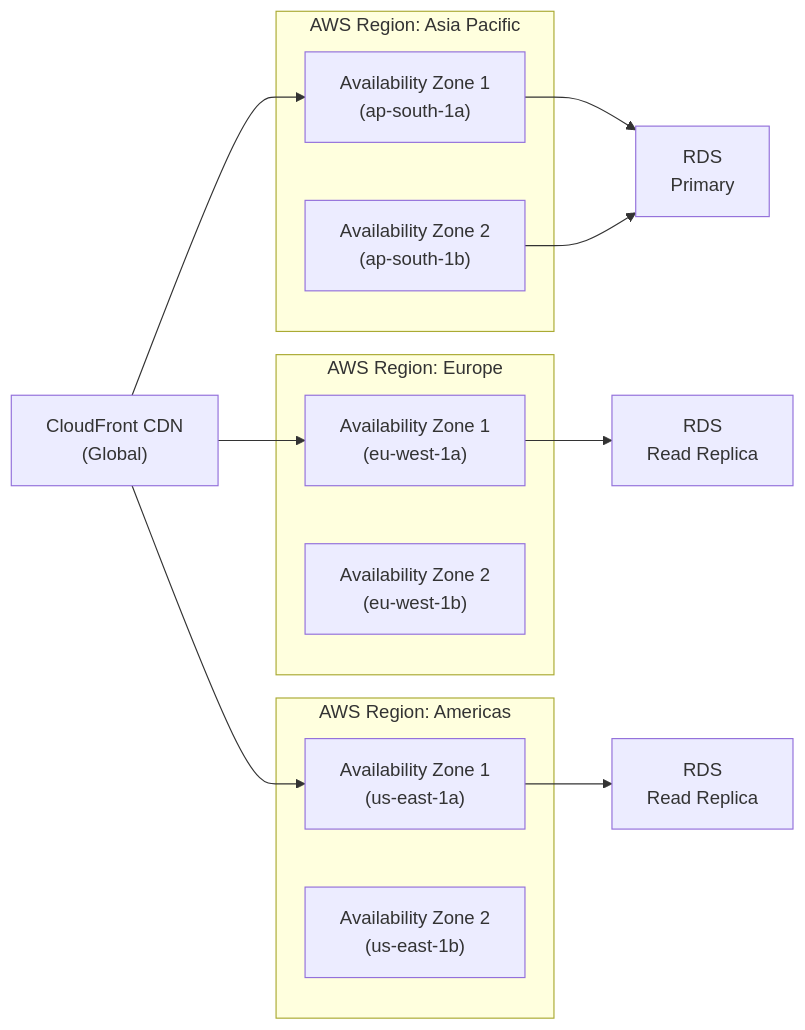
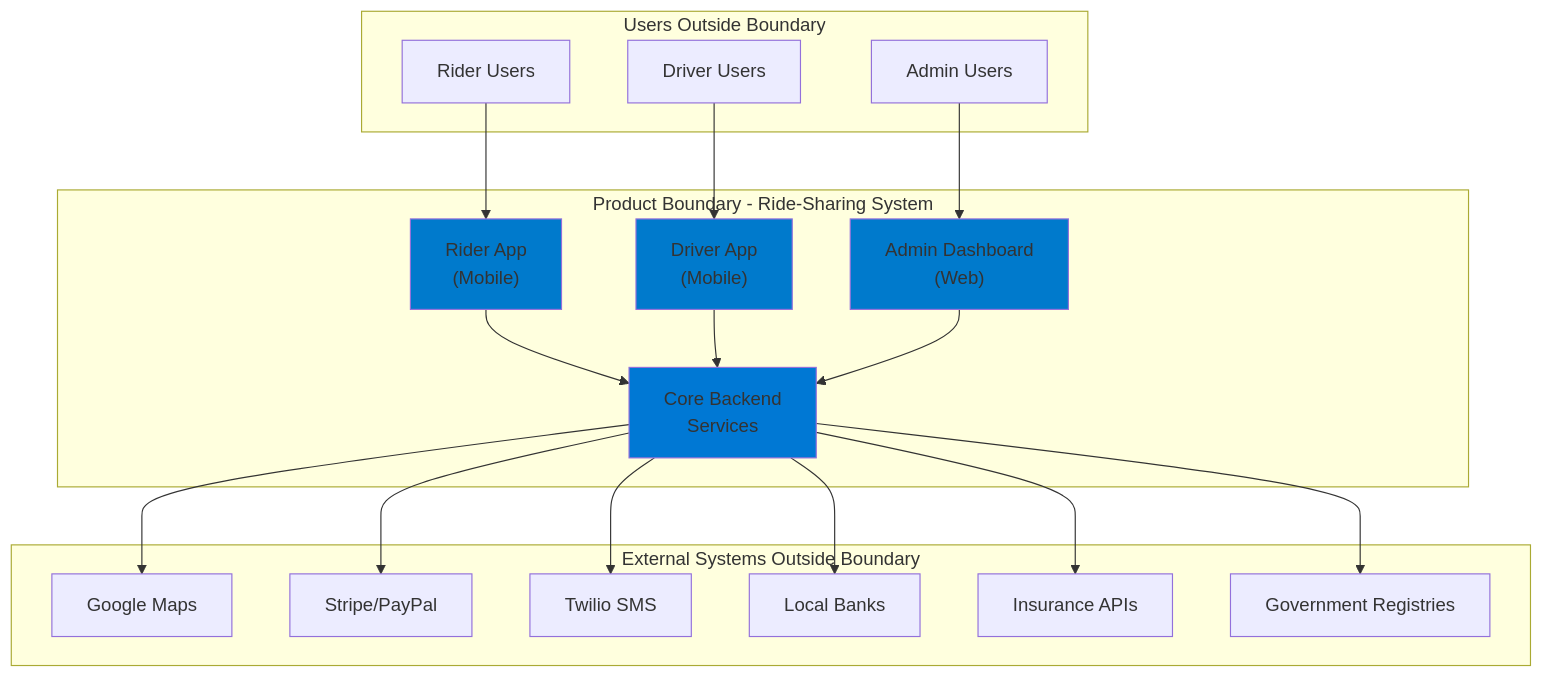
One commit to faizanMayo786/faizanMayo786 changed the sixth of 8 diagrams in srs.md. Above: the diagram before and after it, drawn with Mermaid. The commit also changed other lines of this file, not shown here.

````diff
--- a/srs.md
+++ b/srs.md
@@ -2051,29 +1021,44 @@
 ```mermaid
-graph LR
-    subgraph "AWS Region: Asia Pacific"
-        AZ1["Availability Zone 1<br/>(ap-south-1a)"]
-        AZ2["Availability Zone 2<br/>(ap-south-1b)"]
+graph TB
+    subgraph "Product Boundary - Ride-Sharing System"
+        P1["Rider App<br/>(Mobile)"]
+        P2["Driver App<br/>(Mobile)"]
+        P3["Admin Dashboard<br/>(Web)"]
+        P4["Core Backend<br/>Services"]
     end
     
-    subgraph "AWS Region: Europe"
-        AZ3["Availability Zone 1<br/>(eu-west-1a)"]
-        AZ4["Availability Zone 2<br/>(eu-west-1b)"]
+    subgraph "Users Outside Boundary"
+        U1["Rider Users"]
+        U2["Driver Users"]
+        U3["Admin Users"]
     end
     
-    subgraph "AWS Region: Americas"
-        AZ5["Availability Zone 1<br/>(us-east-1a)"]
-        AZ6["Availability Zone 2<br/>(us-east-1b)"]
+    subgraph "External Systems Outside Boundary"
+        E1["Google Maps"]
+        E2["Stripe/PayPal"]
+        E3["Twilio SMS"]
+        E4["Local Banks"]
+        E5["Insurance APIs"]
+        E6["Government Registries"]
     end
     
-    CDN["CloudFront CDN<br/>(Global)"]
+    U1 --> P1
+    U2 --> P2
+    U3 --> P3
     
-    CDN --> AZ1
-    CDN --> AZ3
-    CDN --> AZ5
+    P1 --> P4
+    P2 --> P4
+    P3 --> P4
     
-    AZ1 --> RDS1["RDS<br/>Primary"]
-    AZ2 --> RDS1
+    P4 --> E1
+    P4 --> E2
+    P4 --> E3
+    P4 --> E4
+    P4 --> E5
+    P4 --> E6
     
-    AZ3 --> RDS2["RDS<br/>Read Replica"]
-    AZ5 --> RDS3["RDS<br/>Read Replica"]
+    style P1 fill:#007ACC
+    style P2 fill:#007ACC
+    style P3 fill:#007ACC
+    style P4 fill:#0078D4
 ```
````
